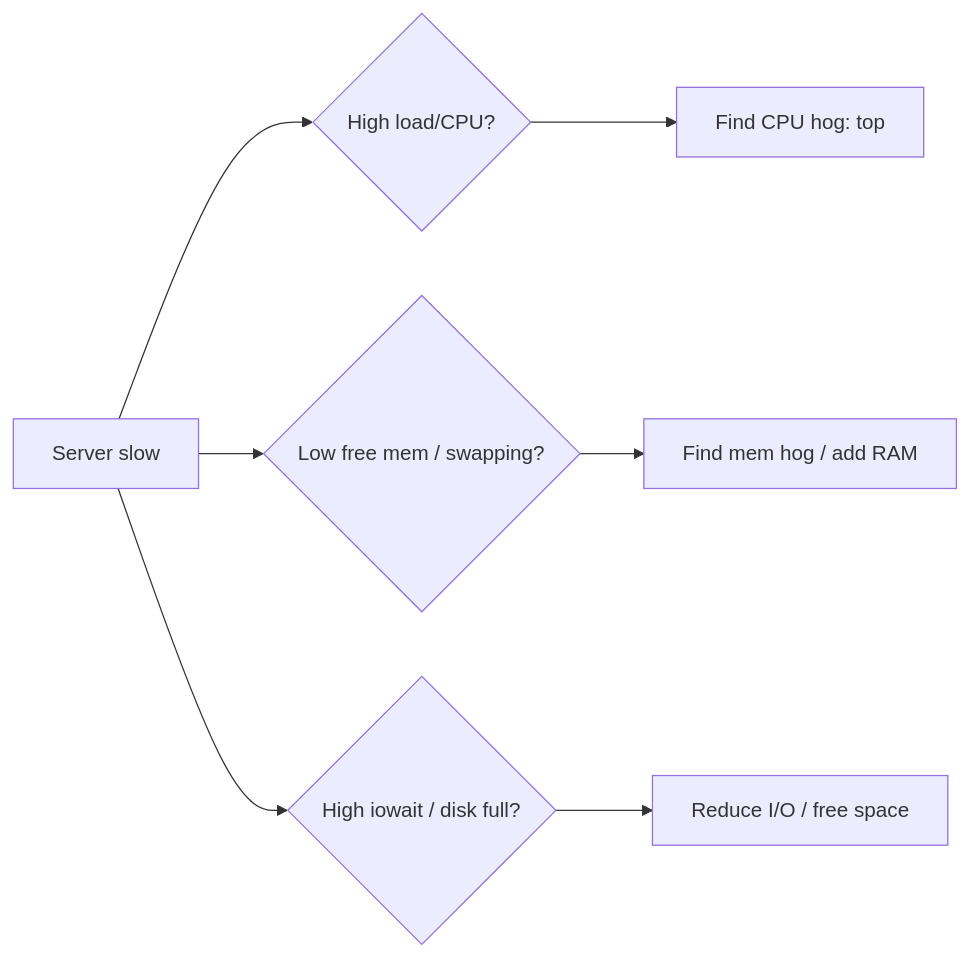
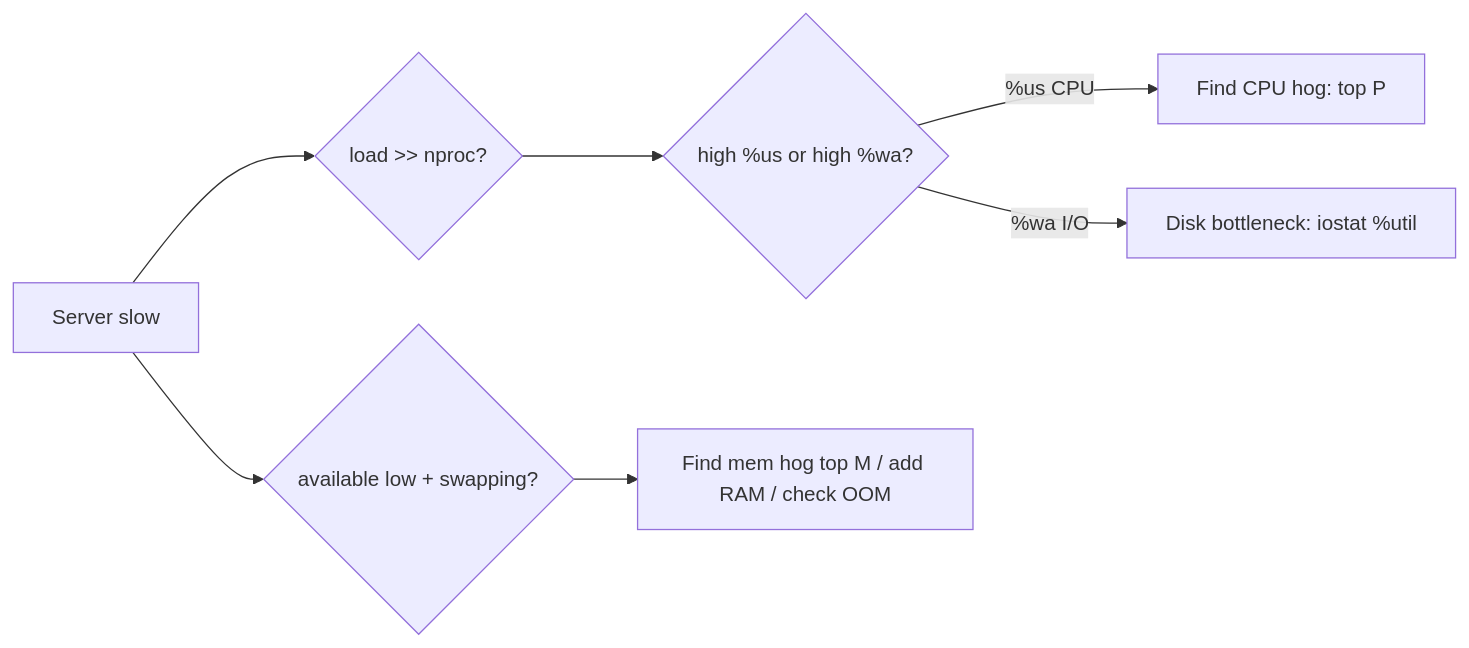
Before and after one commit to cloud-prakhar/learning-linux: the diagram in 09-logs-monitoring-troubleshooting/cpu-memory-disk-checks.md, drawn with Mermaid. The commit also changed other lines of this file and 69 other files, not shown here.

````diff
--- a/09-logs-monitoring-troubleshooting/cpu-memory-disk-checks.md
+++ b/09-logs-monitoring-troubleshooting/cpu-memory-disk-checks.md
@@ -32,9 +38,9 @@
 ```mermaid
 flowchart LR
-    Slow[Server slow] --> CPU{High load/CPU?}
-    Slow --> Mem{Low free mem / swapping?}
-    Slow --> Disk{High iowait / disk full?}
-    CPU --> Fix1[Find CPU hog: top]
-    Mem --> Fix2[Find mem hog / add RAM]
-    Disk --> Fix3[Reduce I/O / free space]
+    Slow[Server slow] --> Load{load >> nproc?}
+    Load --> Split{high %us or high %wa?}
+    Split -->|%us CPU| CPU[Find CPU hog: top P]
+    Split -->|%wa I/O| Disk[Disk bottleneck: iostat %util]
+    Slow --> Mem{available low + swapping?}
+    Mem --> Fix[Find mem hog top M / add RAM / check OOM]
 ```
````
